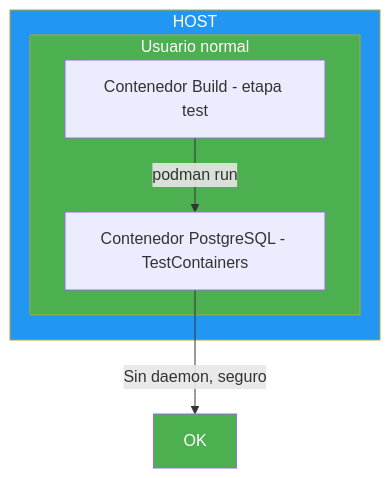
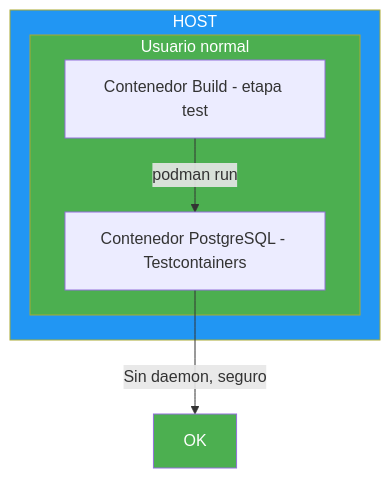
One commit to joseluisgs/DesarrolloWebEntornosServidor-01-2026-2027 changed the fourth of 4 diagrams in 23-docker.md. Above: the diagram before and after it, drawn with Mermaid. The commit also changed other lines of this file and 77 other files, not shown here.

````diff
--- a/23-docker.md
+++ b/23-docker.md
@@ -532,14 +561,14 @@
 ```mermaid
 graph TD
     subgraph HOST["HOST"]
         subgraph USER["Usuario normal"]
-            A["Contenedor Build - etapa test"] -->|"podman run"| B["Contenedor PostgreSQL - TestContainers"]
+            A["Contenedor Build - etapa test"] -->|"podman run"| B["Contenedor PostgreSQL - Testcontainers"]
         end
     end
 
     B -->|"Sin daemon, seguro"| C["OK"]
 
     style HOST fill:#2196F3,color:#fff
     style USER fill:#4CAF50,color:#fff
     style C fill:#4CAF50,color:#fff
 ```
````
